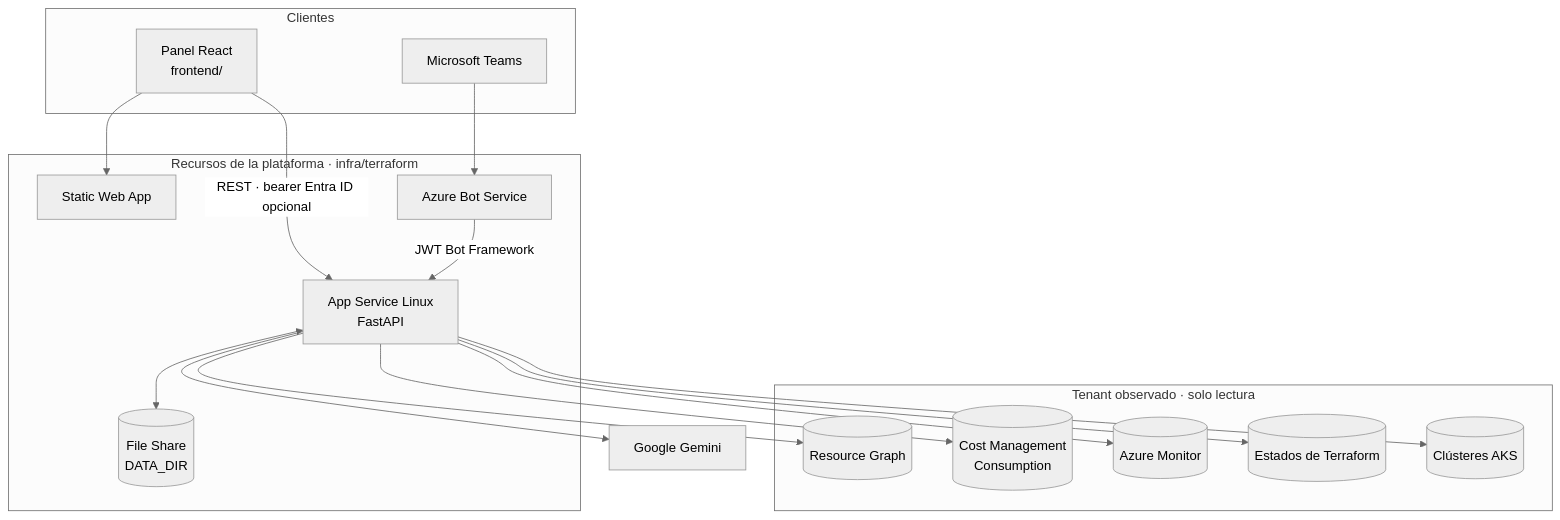
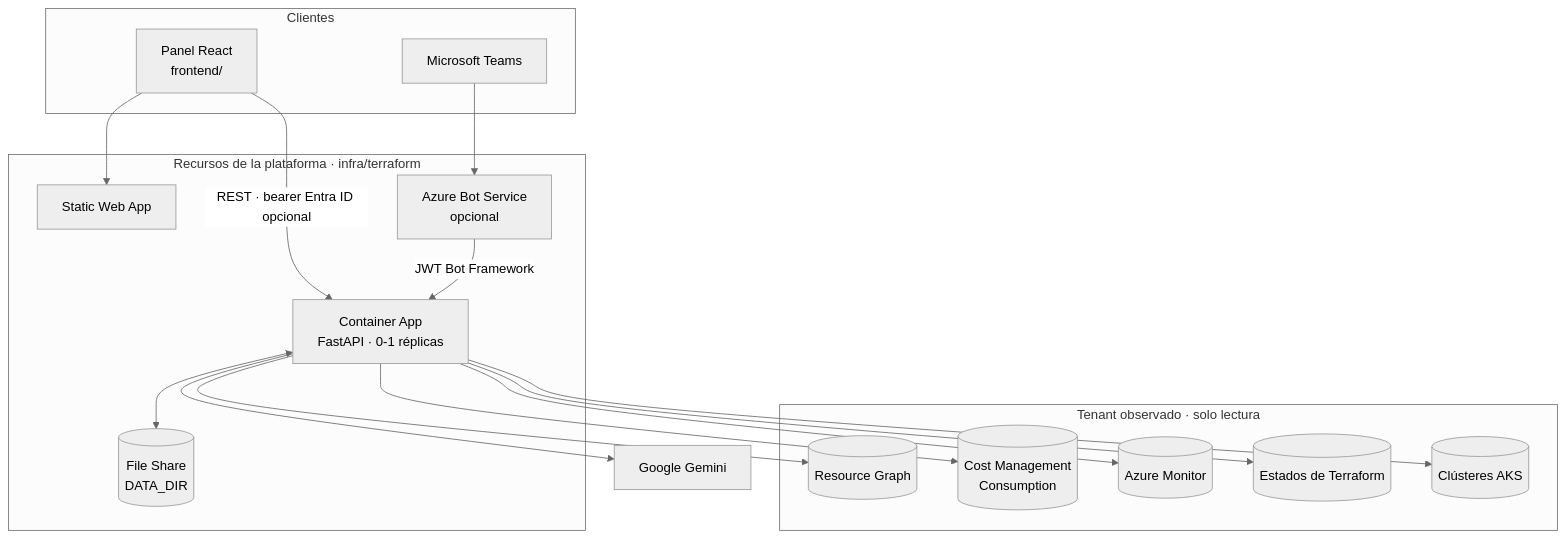
The first of 4 diagrams in docs/architecture.md (miguelortiz13/cloudops-copilot), drawn with Mermaid (neutral theme) before and after one commit. The commit also changed other lines of this file and 18 other files, not shown here.

````diff
--- a/docs/architecture.md
+++ b/docs/architecture.md
@@ -5,31 +5,31 @@
 ```mermaid
 flowchart TB
     subgraph Clientes
       UI[Panel React<br/>frontend/]
       TEAMS[Microsoft Teams]
     end
 
     subgraph Azure_plataforma[Recursos de la plataforma · infra/terraform]
       SWA[Static Web App]
-      APP[App Service Linux<br/>FastAPI]
-      BOT[Azure Bot Service]
+      APP[Container App<br/>FastAPI · 0-1 réplicas]
+      BOT[Azure Bot Service<br/>opcional]
       FS[(File Share<br/>DATA_DIR)]
     end
 
     subgraph Azure_tenant[Tenant observado · solo lectura]
       ARG[(Resource Graph)]
       CM[(Cost Management<br/>Consumption)]
       MON[(Azure Monitor)]
       BLOB[(Estados de Terraform)]
       AKS[(Clústeres AKS)]
     end
 
     GEM[Google Gemini]
 
     UI --> SWA
     UI -->|REST · bearer Entra ID opcional| APP
     TEAMS --> BOT -->|JWT Bot Framework| APP
     APP --> ARG & CM & MON & BLOB & AKS
     APP --> GEM
     APP <--> FS
 ```
````
